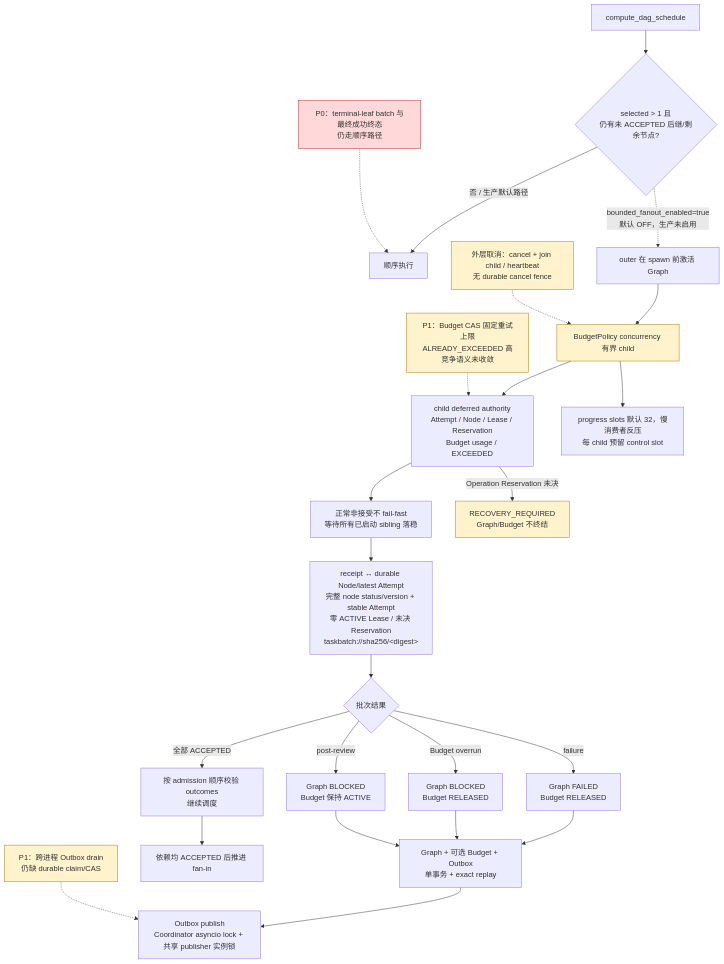
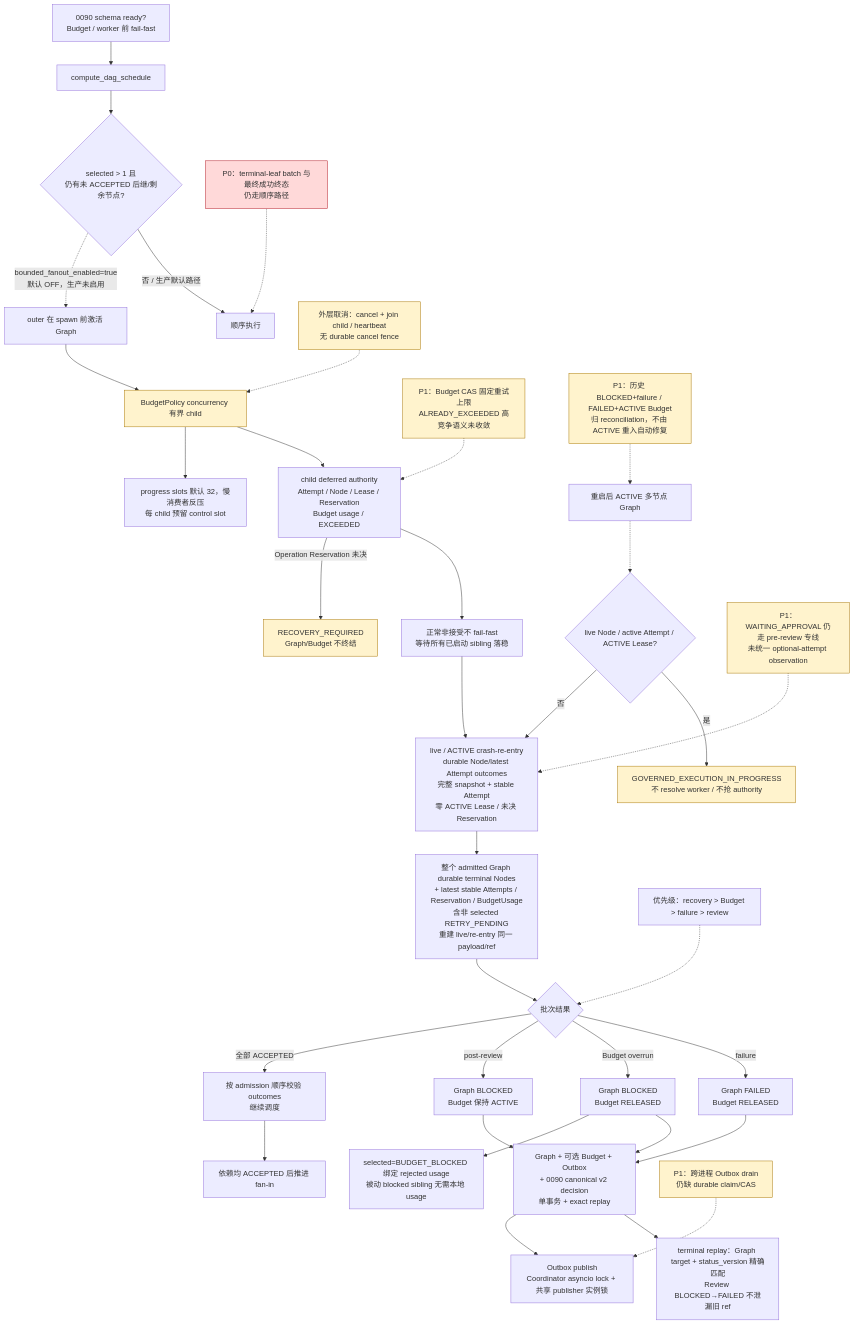
The third of 4 diagrams in docs/50_project/arch/diagrams/02_main_chain_flow.md (SakuraYoruno/Natsume_Ai), drawn with Mermaid before and after one commit. The commit also changed other lines of this file and 22 other files, not shown here.

````diff
--- a/docs/50_project/arch/diagrams/02_main_chain_flow.md
+++ b/docs/50_project/arch/diagrams/02_main_chain_flow.md
@@ -102,34 +102,47 @@
 ```mermaid
 flowchart TD
-    S["compute_dag_schedule"] --> Q{"selected > 1 且\n仍有未 ACCEPTED 后继/剩余节点?"}
+    SCHEMA["0090 schema ready?\nBudget / worker 前 fail-fast"] --> S["compute_dag_schedule"]
+    S --> Q{"selected > 1 且\n仍有未 ACCEPTED 后继/剩余节点?"}
     Q -->|"否 / 生产默认路径"| SEQ["顺序执行"]
     Q -.->|"bounded_fanout_enabled=true\n默认 OFF，生产未启用"| ACTIVATE["outer 在 spawn 前激活 Graph"]
     ACTIVATE --> LIMIT["BudgetPolicy concurrency 有界 child"]
     LIMIT --> NODE["child deferred authority\nAttempt / Node / Lease / Reservation\nBudget usage / EXCEEDED"]
     LIMIT --> MERGE["progress slots 默认 32，慢消费者反压\n每 child 预留 control slot"]
     NODE --> WAIT["正常非接受不 fail-fast\n等待所有已启动 sibling 落稳"]
-    WAIT --> SNAP["receipt ↔ durable Node/latest Attempt\n完整 node status/version + stable Attempt\n零 ACTIVE Lease / 未决 Reservation\ntaskbatch://sha256/&lt;digest&gt;"]
-    SNAP --> DECIDE{"批次结果"}
+    WAIT --> SNAP["live / ACTIVE crash-re-entry\ndurable Node/latest Attempt outcomes\n完整 snapshot + stable Attempt\n零 ACTIVE Lease / 未决 Reservation"]
+    REENTRY["重启后 ACTIVE 多节点 Graph"] -.-> LIVE{"live Node / active Attempt / ACTIVE Lease?"}
+    LIVE -->|"是"| INPROGRESS["GOVERNED_EXECUTION_IN_PROGRESS\n不 resolve worker / 不抢 authority"]
+    LIVE -->|"否"| SNAP
+    SNAP --> CANON["整个 admitted Graph durable terminal Nodes\n+ latest stable Attempts / Reservation / BudgetUsage\n含非 selected RETRY_PENDING\n重建 live/re-entry 同一 payload/ref"]
+    CANON --> DECIDE{"批次结果"}
+    DECIDE_NOTE["优先级：recovery > Budget > failure > review"] -.-> DECIDE
     DECIDE -->|"failure"| FAILED["Graph FAILED\nBudget RELEASED"]
     DECIDE -->|"Budget overrun"| BUDGET["Graph BLOCKED\nBudget RELEASED"]
     DECIDE -->|"post-review"| REVIEW["Graph BLOCKED\nBudget 保持 ACTIVE"]
     DECIDE -->|"全部 ACCEPTED"| ORDER["按 admission 顺序校验 outcomes\n继续调度"]
     NODE -->|"Operation Reservation 未决"| RECOVERY["RECOVERY_REQUIRED\nGraph/Budget 不终结"]
-    FAILED --> ATOMIC["Graph + 可选 Budget + Outbox\n单事务 + exact replay"]
+    FAILED --> ATOMIC["Graph + 可选 Budget + Outbox\n+ 0090 canonical v2 decision\n单事务 + exact replay"]
     BUDGET --> ATOMIC
     REVIEW --> ATOMIC
+    ATOMIC --> MATCH["terminal replay：Graph target + status_version 精确匹配\nReview BLOCKED→FAILED 不泄漏旧 ref"]
+    BUDGET --> USAGE["selected=BUDGET_BLOCKED 绑定 rejected usage\n被动 blocked sibling 无需本地 usage"]
     ATOMIC --> PUB["Outbox publish\nCoordinator asyncio lock + 共享 publisher 实例锁"]
     ORDER --> FANIN["依赖均 ACCEPTED 后推进 fan-in"]
     P0["P0：terminal-leaf batch 与最终成功终态\n仍走顺序路径"]
     P0 -.-> SEQ
     P1["P1：跨进程 Outbox drain\n仍缺 durable claim/CAS"] -.-> PUB
     CANCEL["外层取消：cancel + join child / heartbeat\n无 durable cancel fence"] -.-> LIMIT
     CAS["P1：Budget CAS 固定重试上限\nALREADY_EXCEEDED 高竞争语义未收敛"] -.-> NODE
+    HISTORY["P1：历史 BLOCKED+failure / FAILED+ACTIVE Budget\n归 reconciliation，不由 ACTIVE 重入自动修复"] -.-> REENTRY
+    PREVIEW["P1：WAITING_APPROVAL 仍走 pre-review 专线\n未统一 optional-attempt observation"] -.-> SNAP
 
     style LIMIT fill:#fff3cd,stroke:#a87500
     style P0 fill:#ffd9d9,stroke:#b31d28
     style P1 fill:#fff3cd,stroke:#a87500
     style CANCEL fill:#fff3cd,stroke:#a87500
     style CAS fill:#fff3cd,stroke:#a87500
+    style HISTORY fill:#fff3cd,stroke:#a87500
+    style PREVIEW fill:#fff3cd,stroke:#a87500
     style RECOVERY fill:#fff3cd,stroke:#a87500
+    style INPROGRESS fill:#fff3cd,stroke:#a87500
 ```
````
